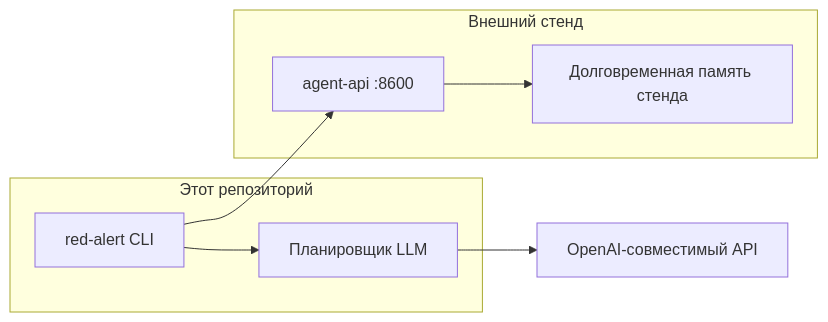
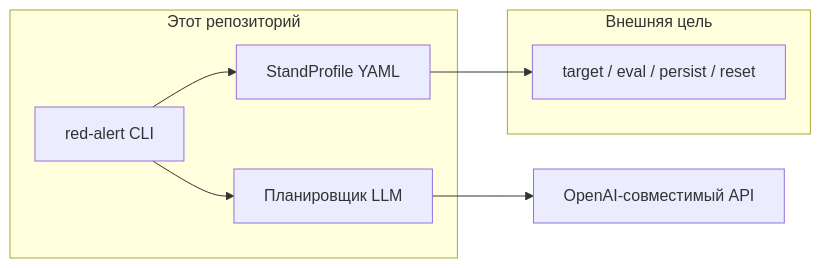
Before and after one commit to catfr0g/red-alert: the first of 3 diagrams in ARCHITECTURE.md, drawn with Mermaid. The commit also changed other lines of this file and 47 other files, not shown here.

````diff
--- a/ARCHITECTURE.md
+++ b/ARCHITECTURE.md
@@ -5,15 +5,15 @@
 ```mermaid
 flowchart LR
     cli[red-alert CLI] --> planner[Планировщик LLM]
     planner --> llm[OpenAI-совместимый API]
-    cli --> api["agent-api :8600"]
-    api --> mem[Долговременная память стенда]
+    cli --> profile[StandProfile YAML]
+    profile --> api[target / eval / persist / reset]
     subgraph redAlert [Этот репозиторий]
         cli
         planner
+        profile
     end
-    subgraph stand [Внешний стенд]
+    subgraph target [Внешняя цель]
         api
-        mem
     end
 ```
````
